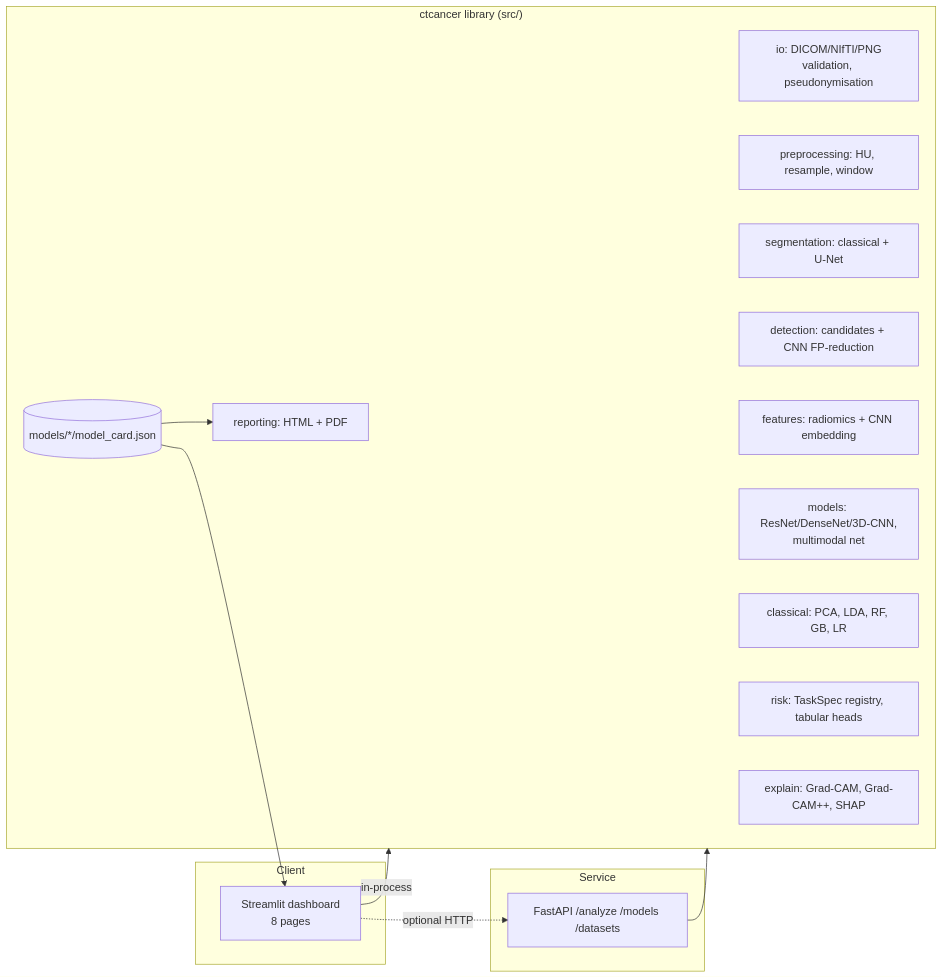
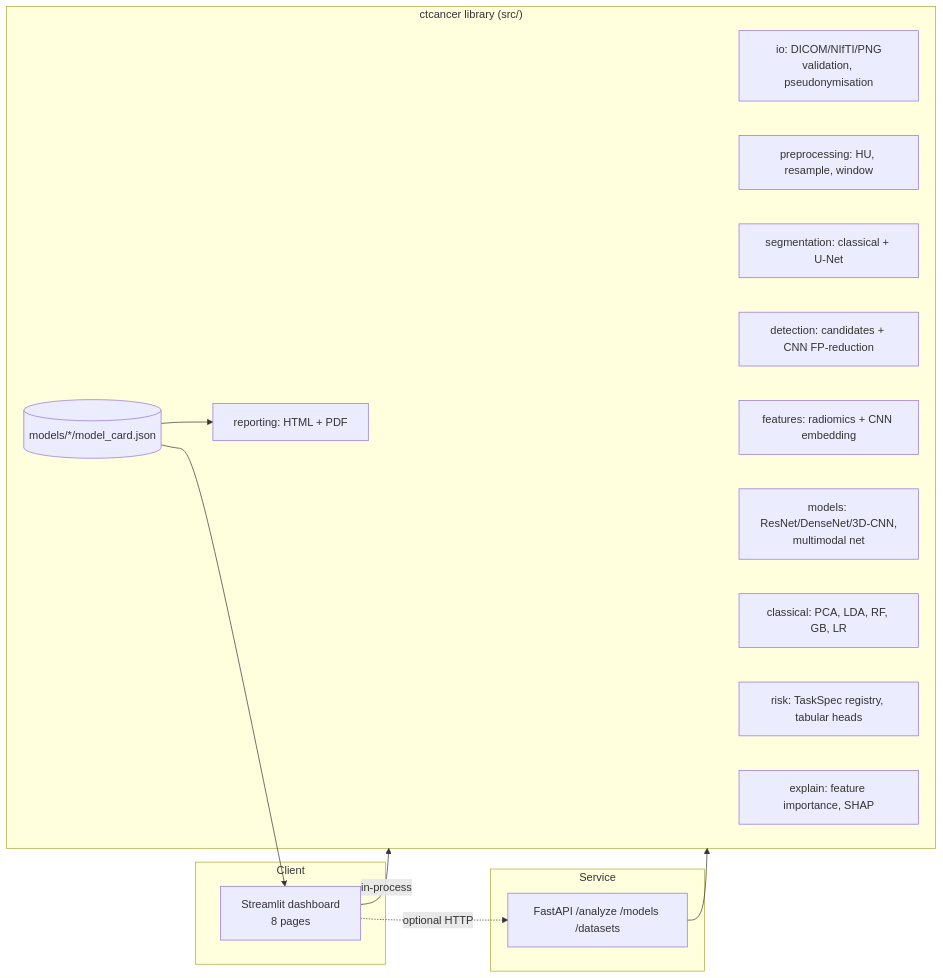
The first of 3 diagrams in README.md (devsheth2006-prog/LUNG_AI), drawn with Mermaid before and after one commit. The commit also changed other lines of this file and 11 other files, not shown here.

First line of the commit message:
Remove Grad-CAM from the project

````diff
--- a/README.md
+++ b/README.md
@@ -103,26 +103,26 @@
 ```mermaid
 flowchart LR
   subgraph Client
     UI[Streamlit dashboard<br/>8 pages]
   end
   subgraph Service
     API[FastAPI /analyze /models /datasets]
   end
   subgraph Core["ctcancer library (src/)"]
     IO[io: DICOM/NIfTI/PNG<br/>validation, pseudonymisation]
     PRE[preprocessing: HU, resample, window]
     SEG[segmentation: classical + U-Net]
     DET[detection: candidates + CNN FP-reduction]
     FEAT[features: radiomics + CNN embedding]
     CLS[models: ResNet/DenseNet/3D-CNN,<br/>multimodal net]
     CL[classical: PCA, LDA, RF, GB, LR]
     RISK[risk: TaskSpec registry, tabular heads]
-    XAI[explain: Grad-CAM, Grad-CAM++, SHAP]
+    XAI[explain: feature importance, SHAP]
     REP[reporting: HTML + PDF]
     REG[(models/*/model_card.json)]
   end
   UI -- in-process --> Core
   UI -. optional HTTP .-> API --> Core
   REG --> UI
   REG --> REP
 ```
````
